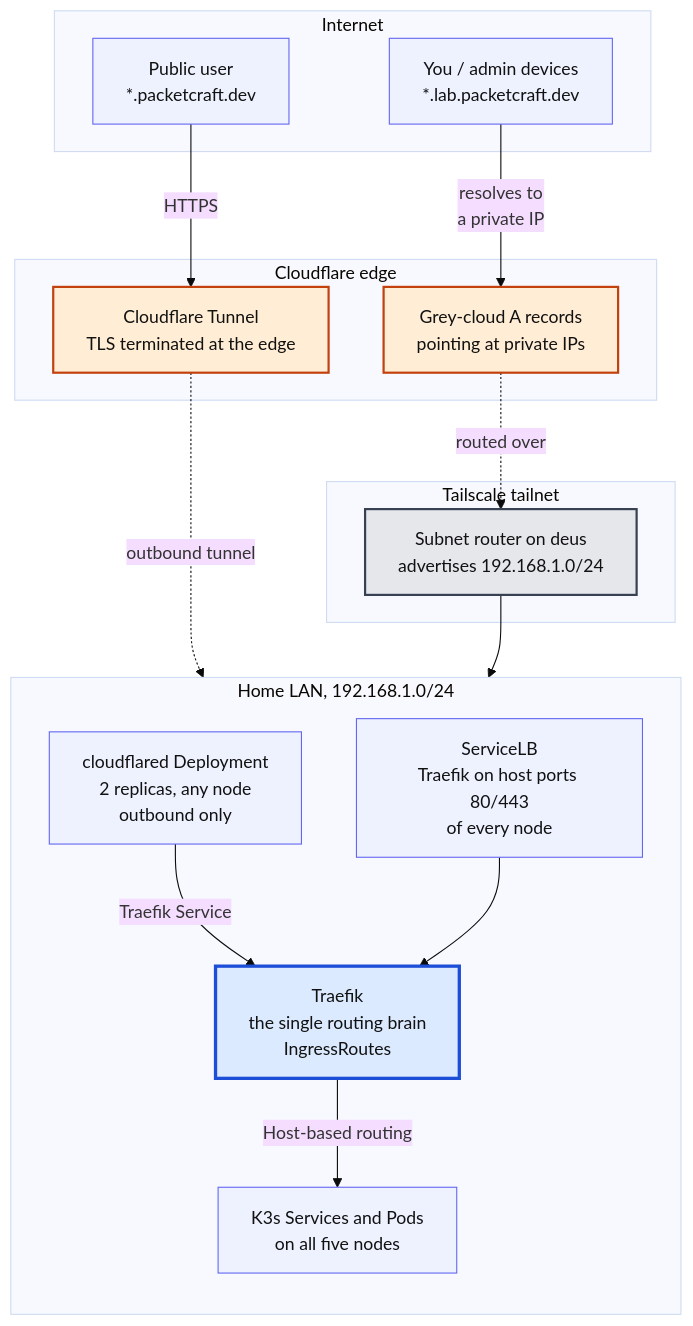
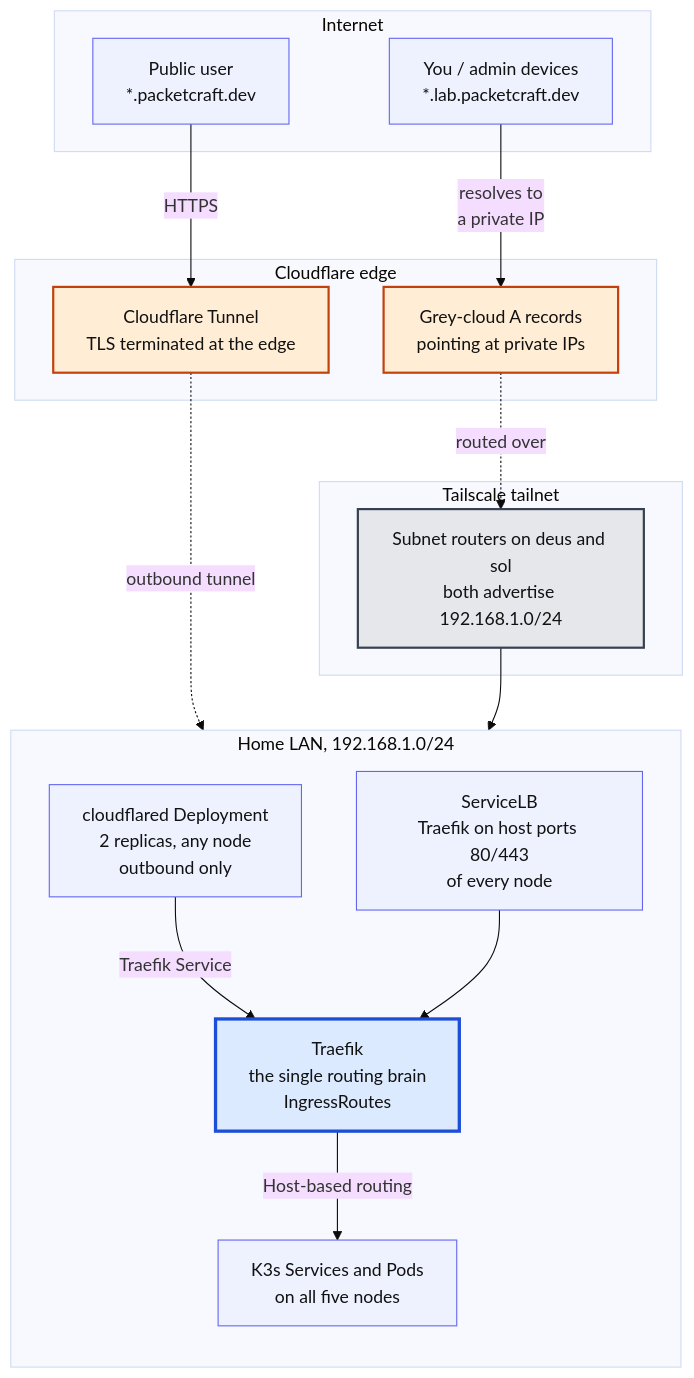
Before and after one commit to home-compute-cluster/docs: the first of 5 diagrams in docs/system-architecture/home-cluster.md, drawn with Mermaid (base theme). The commit also changed other lines of this file and 9 other files, not shown here.

````diff
--- a/docs/system-architecture/home-cluster.md
+++ b/docs/system-architecture/home-cluster.md
@@ -64,46 +64,46 @@
 ```mermaid
 flowchart TB
     subgraph internet["Internet"]
         user_pub["Public user<br/>*.packetcraft.dev"]
         user_priv["You / admin devices<br/>*.lab.packetcraft.dev"]
     end
 
     subgraph cf["Cloudflare edge"]
         cf_tunnel["Cloudflare Tunnel<br/>TLS terminated at the edge"]
         cf_dns_grey["Grey-cloud A records<br/>pointing at private IPs"]
     end
 
     subgraph tailnet["Tailscale tailnet"]
-        ts_router["Subnet router on deus<br/>advertises 192.168.1.0/24"]
+        ts_router["Subnet routers on deus and sol<br/>both advertise 192.168.1.0/24"]
     end
 
     subgraph lan["Home LAN, 192.168.1.0/24"]
         direction TB
 
         cloudflared["cloudflared Deployment<br/>2 replicas, any node<br/>outbound only"]
         svclb["ServiceLB<br/>Traefik on host ports 80/443<br/>of every node"]
         traefik["Traefik<br/>the single routing brain<br/>IngressRoutes"]
         svc_pool["K3s Services and Pods<br/>on all five nodes"]
     end
 
     user_pub -->|"HTTPS"| cf_tunnel
     cf_tunnel -.->|"outbound tunnel"| cloudflared
     cloudflared -->|"Traefik Service"| traefik
 
     user_priv -->|"resolves to<br/>a private IP"| cf_dns_grey
     cf_dns_grey -.->|"routed over"| ts_router
     ts_router --> svclb
     svclb --> traefik
 
     traefik -->|"Host-based routing"| svc_pool
 
     classDef edge fill:#ffedd5,stroke:#c2410c,stroke-width:2px,color:#111
     classDef ts fill:#e5e7eb,stroke:#374151,stroke-width:2px,color:#111
     classDef brain fill:#dbeafe,stroke:#1d4ed8,stroke-width:3px,color:#111
     classDef node fill:#eef2ff,stroke:#6366f1,color:#111
 
     class cf_tunnel,cf_dns_grey edge
     class ts_router ts
     class traefik brain
     class cloudflared,svclb,svc_pool,user_pub,user_priv node
 ```
````
